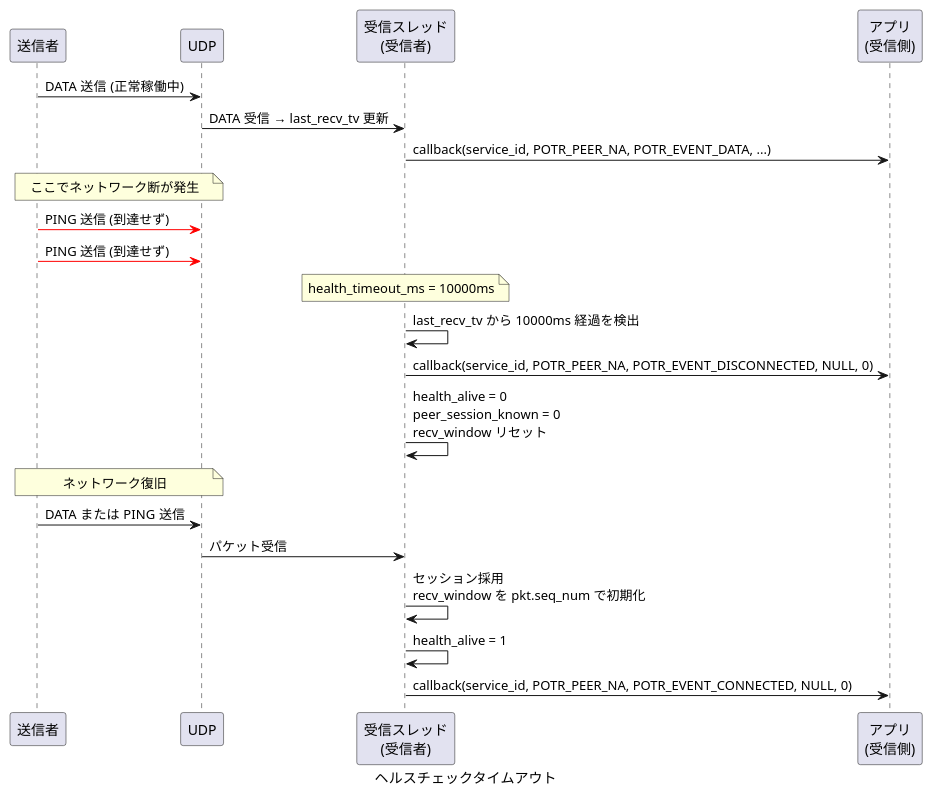
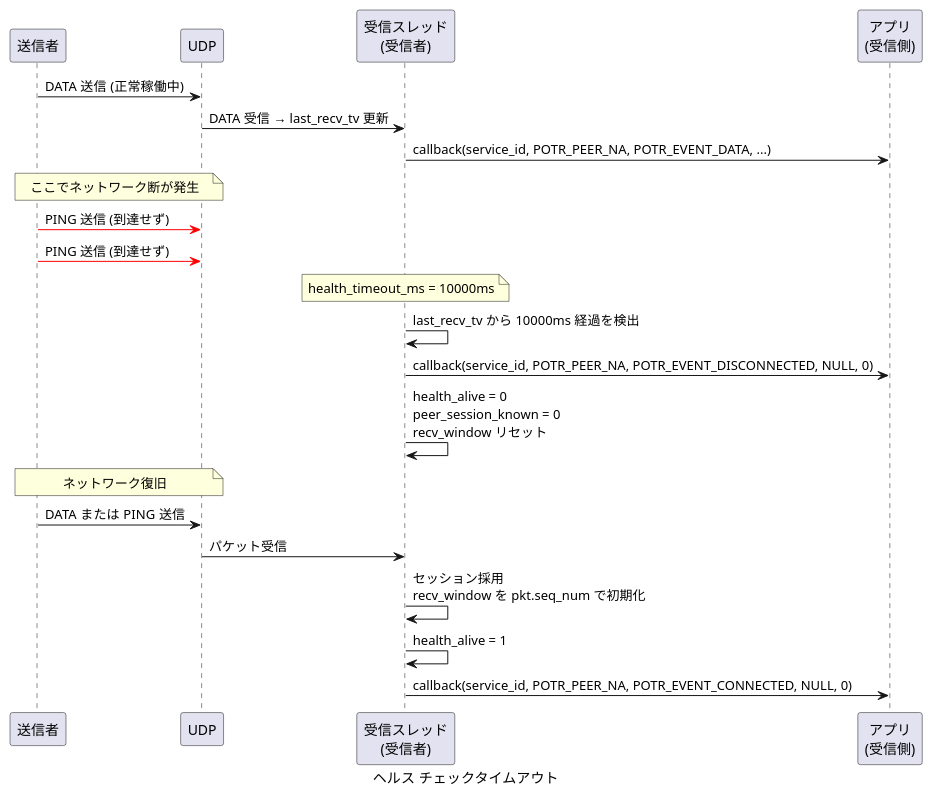
Before and after one commit to Hondarer/app_porter: the second of 2 diagrams in docs/sequence-health.md, drawn with PlantUML. The commit also changed other lines of this file and 73 other files, not shown here.

````diff
--- a/docs/sequence-health.md
+++ b/docs/sequence-health.md
@@ -40,36 +40,36 @@
 ```plantuml
-@startuml ヘルスチェックタイムアウト
-caption ヘルスチェックタイムアウト
+@startuml ヘルス チェックタイムアウト
+caption ヘルス チェックタイムアウト
 
 participant "送信者" as S
 participant "UDP" as UDP
 participant "受信スレッド\n(受信者)" as RRT
 participant "アプリ\n(受信側)" as RAPP
 
 S -> UDP: DATA 送信 (正常稼働中)
 UDP -> RRT: DATA 受信 → last_recv_tv 更新
 RRT -> RAPP: callback(service_id, POTR_PEER_NA, POTR_EVENT_DATA, ...)
 
 note over S, UDP: ここでネットワーク断が発生
 
 S -[#red]> UDP: PING 送信 (到達せず)
 S -[#red]> UDP: PING 送信 (到達せず)
 
 note over RRT: health_timeout_ms = 10000ms
 
 RRT -> RRT: last_recv_tv から 10000ms 経過を検出
 
 RRT -> RAPP: callback(service_id, POTR_PEER_NA, POTR_EVENT_DISCONNECTED, NULL, 0)
 RRT -> RRT: health_alive = 0\npeer_session_known = 0\nrecv_window リセット
 
 note over S, UDP: ネットワーク復旧
 
 S -> UDP: DATA または PING 送信
 UDP -> RRT: パケット受信
 RRT -> RRT: セッション採用\nrecv_window を pkt.seq_num で初期化
 RRT -> RRT: health_alive = 1
 
 RRT -> RAPP: callback(service_id, POTR_PEER_NA, POTR_EVENT_CONNECTED, NULL, 0)
 
 @enduml
 ```
````
